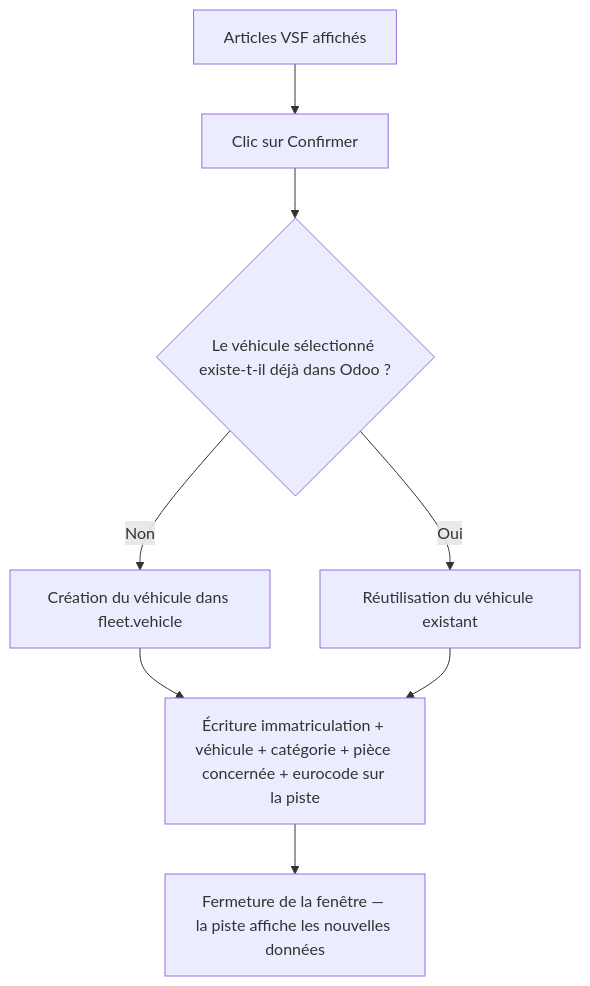
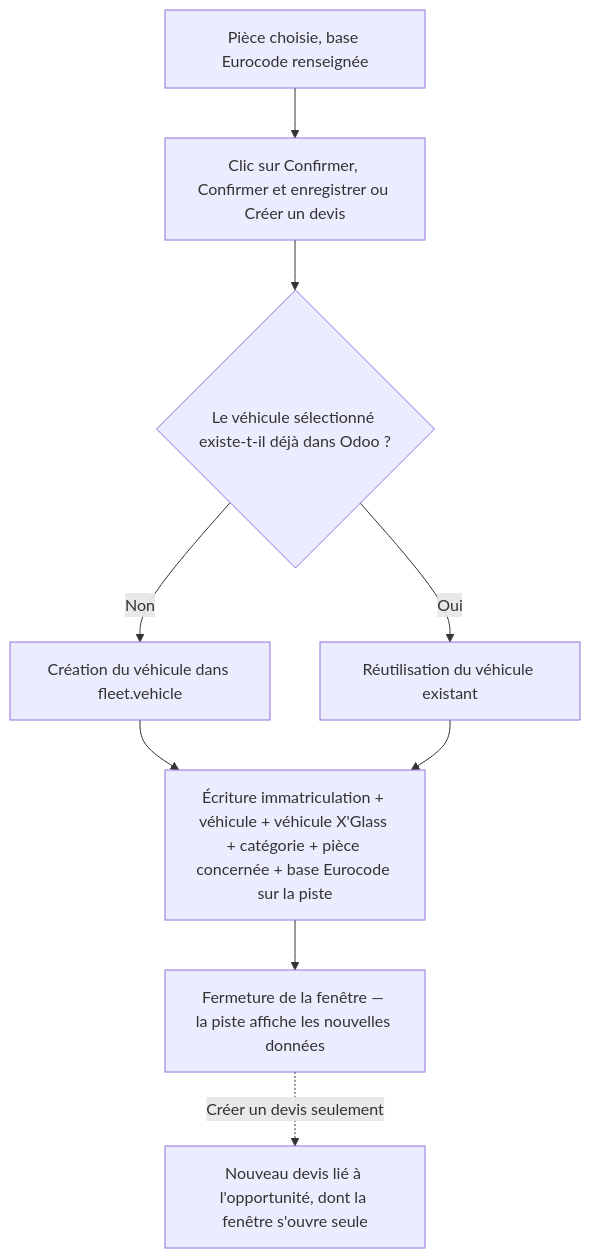
Before and after one commit to rpbmSdk/rpbm: the second of 3 diagrams in rpbm_agent/docs/fonctionnel/parcours-utilisateur.md, drawn with Mermaid. The commit also changed other lines of this file and 13 other files, not shown here.

````diff
--- a/rpbm_agent/docs/fonctionnel/parcours-utilisateur.md
+++ b/rpbm_agent/docs/fonctionnel/parcours-utilisateur.md
@@ -51,10 +54,11 @@
 ```mermaid
 flowchart TD
-    U[Articles VSF affichés] --> V[Clic sur Confirmer]
+    U[Pièce choisie, base Eurocode renseignée] --> V[Clic sur Confirmer, Confirmer et enregistrer ou Créer un devis]
     V --> W{Le véhicule sélectionné existe-t-il déjà dans Odoo ?}
     W -->|Non| X[Création du véhicule dans fleet.vehicle]
     W -->|Oui| Y[Réutilisation du véhicule existant]
-    X --> Z[Écriture immatriculation + véhicule + catégorie + pièce concernée + eurocode sur la piste]
+    X --> Z[Écriture immatriculation + véhicule + véhicule X'Glass + catégorie + pièce concernée + base Eurocode sur la piste]
     Y --> Z
     Z --> AA[Fermeture de la fenêtre — la piste affiche les nouvelles données]
+    AA -.->|Créer un devis seulement| AB["Nouveau devis lié à l'opportunité, dont la fenêtre s'ouvre seule"]
 ```
````
